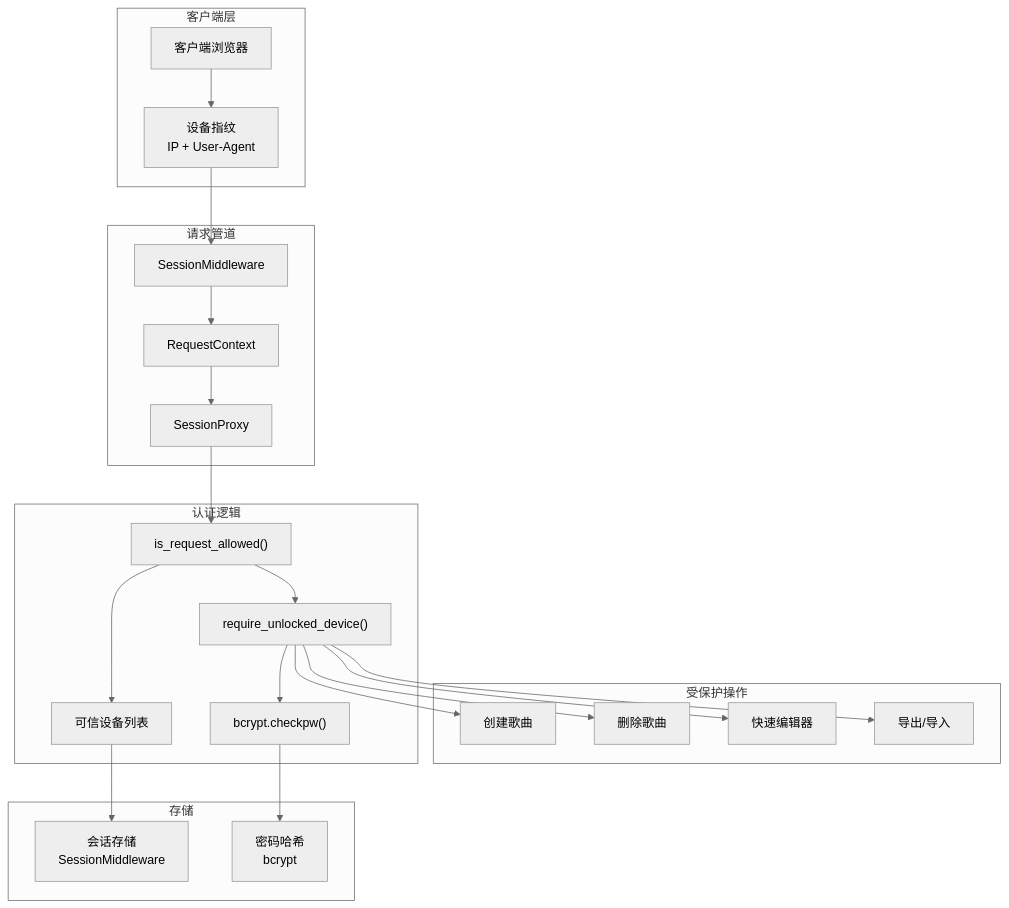
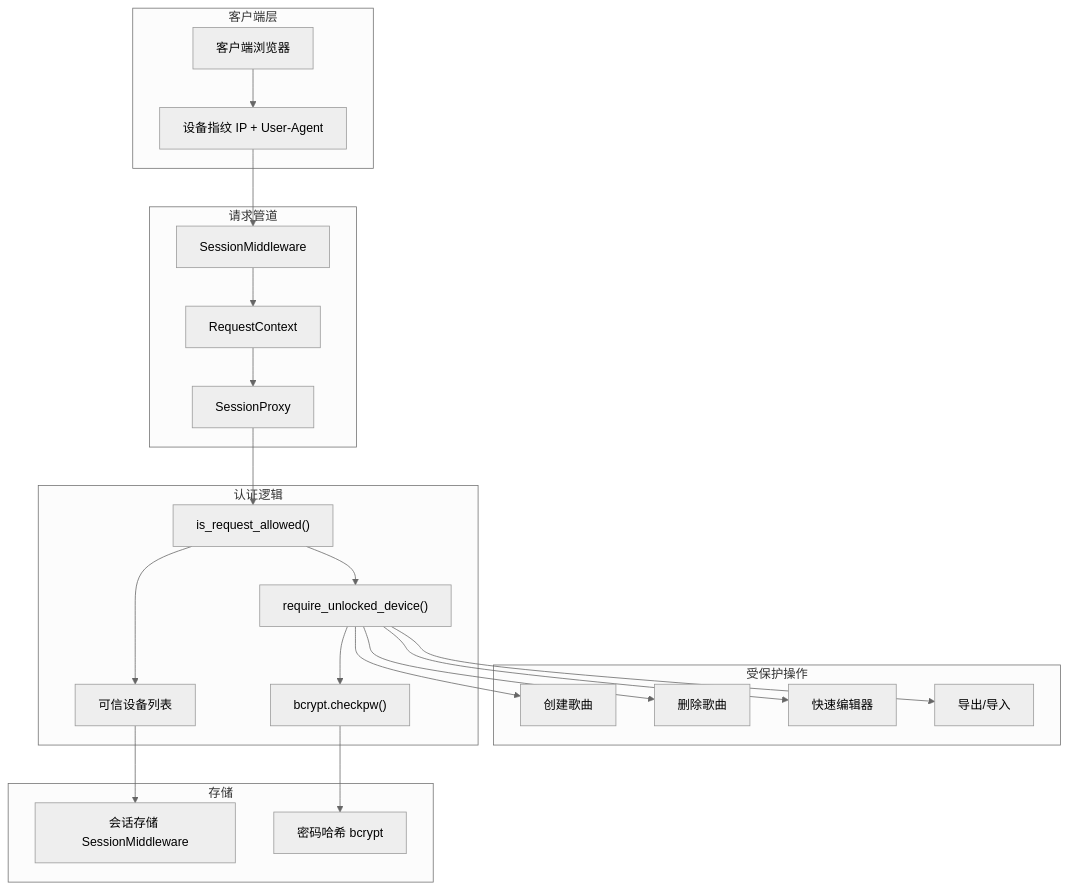
One commit to HKLHaoBin/LyricSphere changed diagram 27 of 44 in README.md. Above: the diagram before and after it, drawn with Mermaid (neutral theme). The commit also changed other lines of this file, not shown here.

Commit message:
docs: 更新README中的流程图文本格式

````diff
--- a/README.md
+++ b/README.md
@@ -2789,63 +2789,63 @@
 ```mermaid
 flowchart TD
     Client["客户端浏览器"]
-    DeviceID["设备指纹\nIP + User-Agent"]
+    DeviceID["设备指纹 IP + User-Agent"]
     Middleware["SessionMiddleware"]
     RequestContext["RequestContext"]
     SessionProxy["SessionProxy"]
     DeviceCheck["is_request_allowed()"]
     UnlockCheck["require_unlocked_device()"]
     PasswordVerify["bcrypt.checkpw()"]
     TrustedList["可信设备列表"]
-    SessionStore["会话存储\nSessionMiddleware"]
-    PasswordHash["密码哈希\nbcrypt"]
+    SessionStore["会话存储 SessionMiddleware"]
+    PasswordHash["密码哈希 bcrypt"]
     CreateOp["创建歌曲"]
     DeleteOp["删除歌曲"]
     EditOp["快速编辑器"]
     ExportOp["导出/导入"]
 
     DeviceID --> Middleware
     SessionProxy --> DeviceCheck
     PasswordVerify --> PasswordHash
     TrustedList --> SessionStore
     UnlockCheck --> CreateOp
     UnlockCheck --> DeleteOp
     UnlockCheck --> EditOp
     UnlockCheck --> ExportOp
 
     subgraph ProtectedOperations["受保护操作"]
         CreateOp
         DeleteOp
         EditOp
         ExportOp
     end
 
     subgraph Storage["存储"]
         SessionStore
         PasswordHash
     end
 
     subgraph AuthenticationLogic["认证逻辑"]
         DeviceCheck
         UnlockCheck
         PasswordVerify
         TrustedList
         DeviceCheck --> TrustedList
         DeviceCheck --> UnlockCheck
         UnlockCheck --> PasswordVerify
     end
 
     subgraph RequestPipeline["请求管道"]
         Middleware
         RequestContext
         SessionProxy
         Middleware --> RequestContext
         RequestContext --> SessionProxy
     end
 
     subgraph ClientLayer["客户端层"]
         Client
         DeviceID
         Client --> DeviceID
     end
 ```
````
